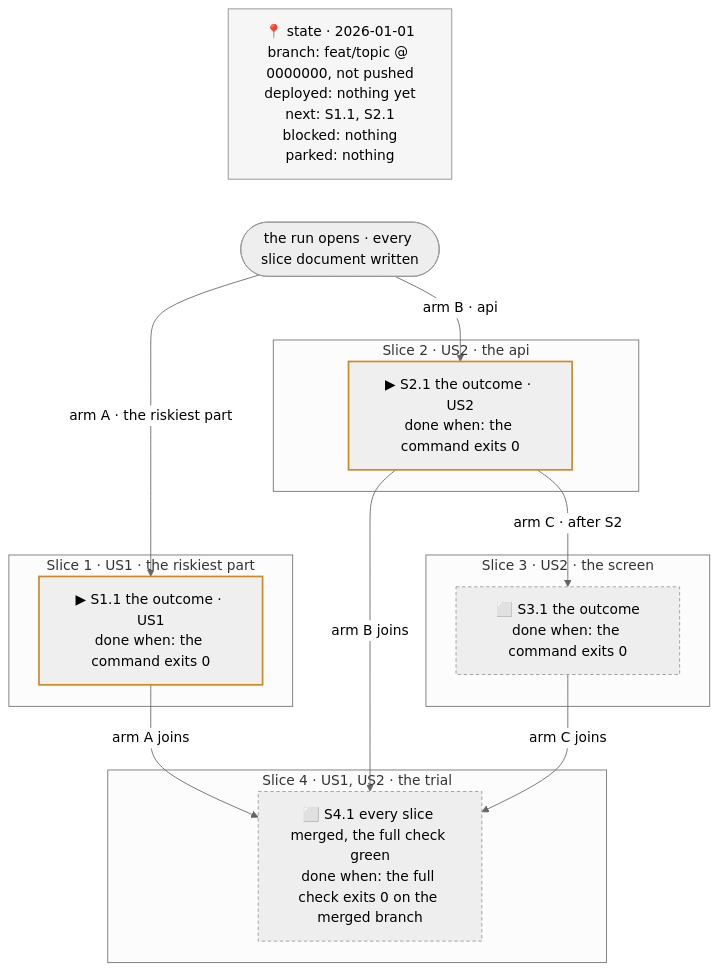
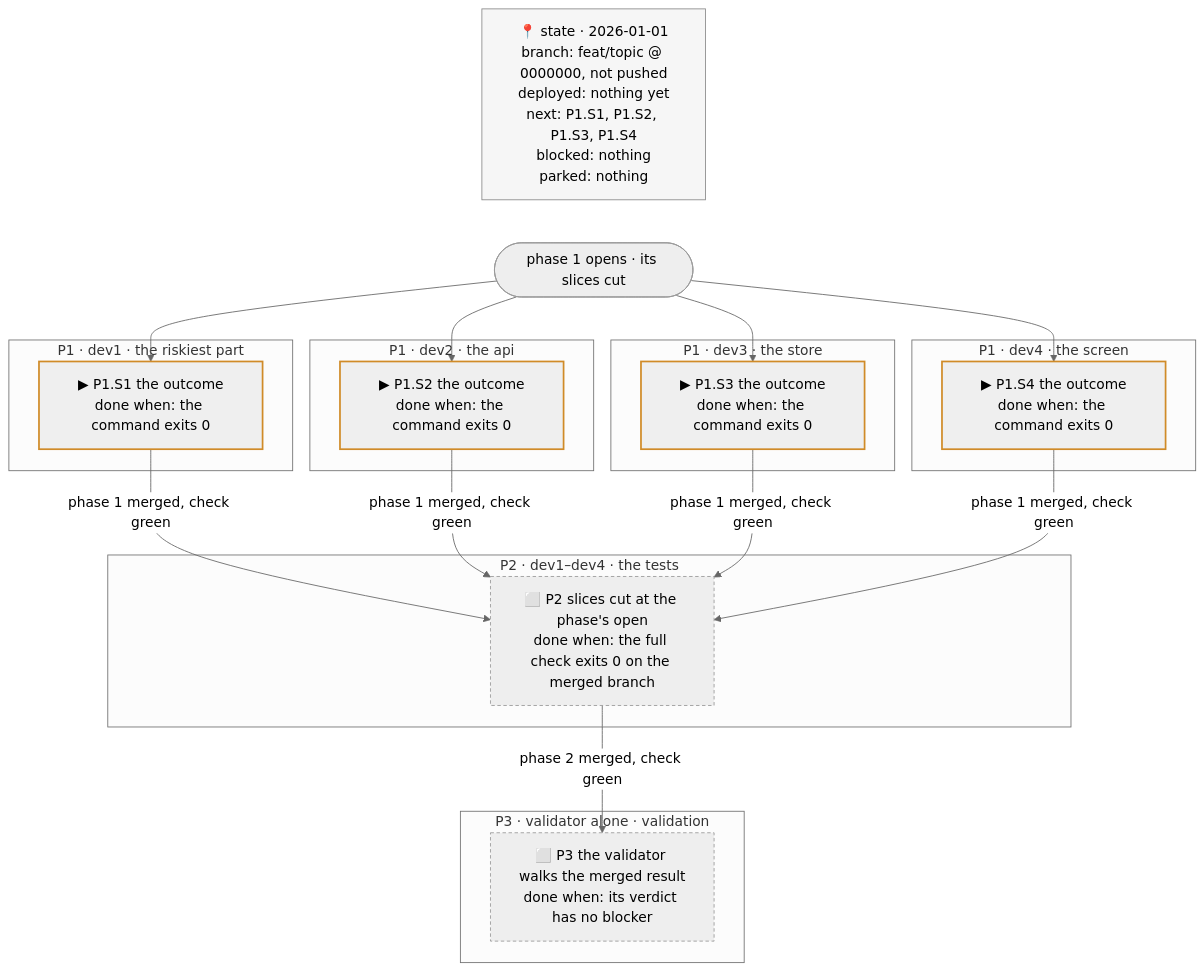
Before and after one commit to Ovich/charrette: the diagram in skills/plan/write-plan/references/swarm.md, drawn with Mermaid (neutral theme). The commit also changed other lines of this file and 9 other files, not shown here.

Commit message:
swarm mode: a team of seats works the plan phase by phase; phases only where work waits on a merge, slices cut at each phase's open

````diff
--- a/skills/plan/write-plan/references/swarm.md
+++ b/skills/plan/write-plan/references/swarm.md
@@ -32,38 +43,40 @@
 ```mermaid
 flowchart TB
   %% tracker
-  ST["📍 state · 2026-01-01<br/>branch: feat/topic @ 0000000, not pushed<br/>deployed: nothing yet<br/>next: S1.1, S2.1<br/>blocked: nothing<br/>parked: nothing"]
-  GO(["the run opens · every slice document written"])
+  ST["📍 state · 2026-01-01<br/>branch: feat/topic @ 0000000, not pushed<br/>deployed: nothing yet<br/>next: P1.S1, P1.S2, P1.S3, P1.S4<br/>blocked: nothing<br/>parked: nothing"]
+  GO(["phase 1 opens · its slices cut"])
 
-  subgraph SL1["Slice 1 · US1 · the riskiest part"]
-    S1.1["▶ S1.1 the outcome · US1<br/>done when: the command exits 0"]
+  subgraph SL1["P1 · dev1 · the riskiest part"]
+    P1.S1["▶ P1.S1 the outcome<br/>done when: the command exits 0"]
+  end
+  subgraph SL2["P1 · dev2 · the api"]
+    P1.S2["▶ P1.S2 the outcome<br/>done when: the command exits 0"]
+  end
+  subgraph SL3["P1 · dev3 · the store"]
+    P1.S3["▶ P1.S3 the outcome<br/>done when: the command exits 0"]
+  end
+  subgraph SL4["P1 · dev4 · the screen"]
+    P1.S4["▶ P1.S4 the outcome<br/>done when: the command exits 0"]
   end
 
-  subgraph SL2["Slice 2 · US2 · the api"]
-    S2.1["▶ S2.1 the outcome · US2<br/>done when: the command exits 0"]
+  subgraph PH2["P2 · dev1–dev4 · the tests"]
+    P2["⬜ P2 slices cut at the phase's open<br/>done when: the full check exits 0 on the merged branch"]
   end
 
-  subgraph SL3["Slice 3 · US2 · the screen"]
-    S3.1["⬜ S3.1 the outcome<br/>done when: the command exits 0"]
-  end
-
-  subgraph SL4["Slice 4 · US1, US2 · the trial"]
-    S4.1["⬜ S4.1 every slice merged, the full check green<br/>done when: the full check exits 0 on the merged branch"]
+  subgraph PH3["P3 · validator alone · validation"]
+    P3["⬜ P3 the validator walks the merged result<br/>done when: its verdict has no blocker"]
   end
 
   ST ~~~ GO
-  GO -->|"arm A · the riskiest part"| S1.1
-  GO -->|"arm B · api"| S2.1
-  S2.1 -->|"arm C · after S2"| S3.1
-  S1.1 -->|"arm A joins"| S4.1
-  S2.1 -->|"arm B joins"| S4.1
-  S3.1 -->|"arm C joins"| S4.1
+  GO --> P1.S1 & P1.S2 & P1.S3 & P1.S4
+  P1.S1 & P1.S2 & P1.S3 & P1.S4 -->|"phase 1 merged, check green"| P2
+  P2 -->|"phase 2 merged, check green"| P3
 
   classDef done stroke:#4a9d5f,stroke-width:2px,fill:#7f7f7f1a
   classDef next stroke:#d08b28,stroke-width:2px,fill:#7f7f7f1a
   classDef todo stroke-dasharray:4 3
   classDef state stroke:#8a8a8a,stroke-width:1px,fill:#7f7f7f12
-  class S1.1,S2.1 next
-  class S3.1,S4.1 todo
+  class P1.S1,P1.S2,P1.S3,P1.S4 next
+  class P2,P3 todo
   class ST state
 ```
````
